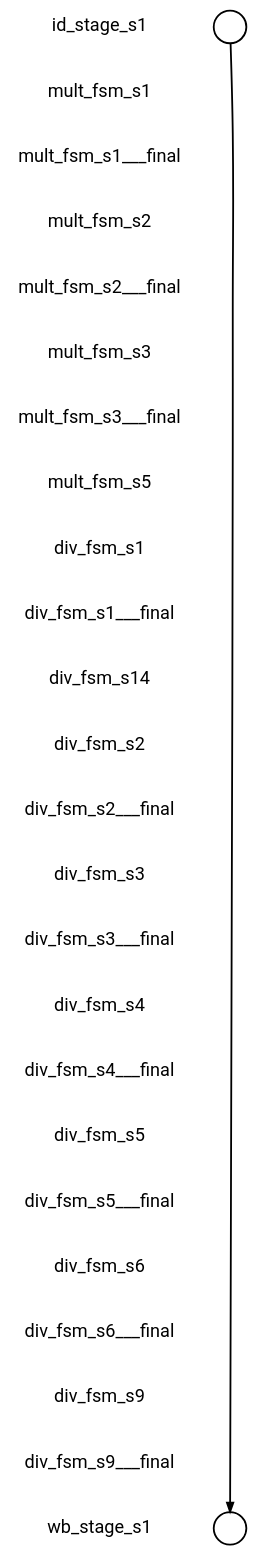
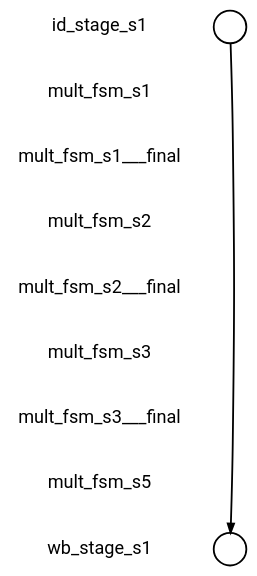
Before and after one commit to naomipark3/SynthLC: the diagram in fv/synthlc/i_MUL_out/xSummarize/nonisograph/com_0_0.dot, drawn with Graphviz. The commit also changed 38807 other files, not shown here.

```diff
--- a/fv/synthlc/i_MUL_out/xSummarize/nonisograph/com_0_0.dot
+++ b/fv/synthlc/i_MUL_out/xSummarize/nonisograph/com_0_0.dot
@@ -1,65 +1,35 @@
 
 digraph G {
     edge [penwidth=2];
     node [ shape=box, fontsize=20, penwidth=2, fontname="roboto"];
     esep=0.5;
     layout=neato;
     overlap=scale;
     splines=true;
 
 l_id_stage_s1 [label="id_stage_s1"; pos="0,-0!"; shape=none];
 
 l_mult_fsm_s1 [label="mult_fsm_s1"; pos="0,-1!"; shape=none];
 
 l_mult_fsm_s1___final [label="mult_fsm_s1___final"; pos="0,-2!"; shape=none];
 
 l_mult_fsm_s2 [label="mult_fsm_s2"; pos="0,-3!"; shape=none];
 
 l_mult_fsm_s2___final [label="mult_fsm_s2___final"; pos="0,-4!"; shape=none];
 
 l_mult_fsm_s3 [label="mult_fsm_s3"; pos="0,-5!"; shape=none];
 
 l_mult_fsm_s3___final [label="mult_fsm_s3___final"; pos="0,-6!"; shape=none];
 
 l_mult_fsm_s5 [label="mult_fsm_s5"; pos="0,-7!"; shape=none];
 
-l_div_fsm_s1 [label="div_fsm_s1"; pos="0,-8!"; shape=none];
-
-l_div_fsm_s1___final [label="div_fsm_s1___final"; pos="0,-9!"; shape=none];
-
-l_div_fsm_s14 [label="div_fsm_s14"; pos="0,-10!"; shape=none];
-
-l_div_fsm_s2 [label="div_fsm_s2"; pos="0,-11!"; shape=none];
-
-l_div_fsm_s2___final [label="div_fsm_s2___final"; pos="0,-12!"; shape=none];
-
-l_div_fsm_s3 [label="div_fsm_s3"; pos="0,-13!"; shape=none];
-
-l_div_fsm_s3___final [label="div_fsm_s3___final"; pos="0,-14!"; shape=none];
-
-l_div_fsm_s4 [label="div_fsm_s4"; pos="0,-15!"; shape=none];
-
-l_div_fsm_s4___final [label="div_fsm_s4___final"; pos="0,-16!"; shape=none];
-
-l_div_fsm_s5 [label="div_fsm_s5"; pos="0,-17!"; shape=none];
-
-l_div_fsm_s5___final [label="div_fsm_s5___final"; pos="0,-18!"; shape=none];
-
-l_div_fsm_s6 [label="div_fsm_s6"; pos="0,-19!"; shape=none];
-
-l_div_fsm_s6___final [label="div_fsm_s6___final"; pos="0,-20!"; shape=none];
-
-l_div_fsm_s9 [label="div_fsm_s9"; pos="0,-21!"; shape=none];
-
-l_div_fsm_s9___final [label="div_fsm_s9___final"; pos="0,-22!"; shape=none];
-
-l_wb_stage_s1 [label="wb_stage_s1"; pos="0,-23!"; shape=none];
+l_wb_stage_s1 [label="wb_stage_s1"; pos="0,-8!"; shape=none];
 
 n_id_stage_s1 [label=""; pos="2,-0!"; shape=circle ]; 
 
 
-n_wb_stage_s1 [label=""; pos="2,-23!"; shape=circle ]; 
+n_wb_stage_s1 [label=""; pos="2,-8!"; shape=circle ]; 
 
 
 n_id_stage_s1 -> n_wb_stage_s1 [color="black"];
 }
```
